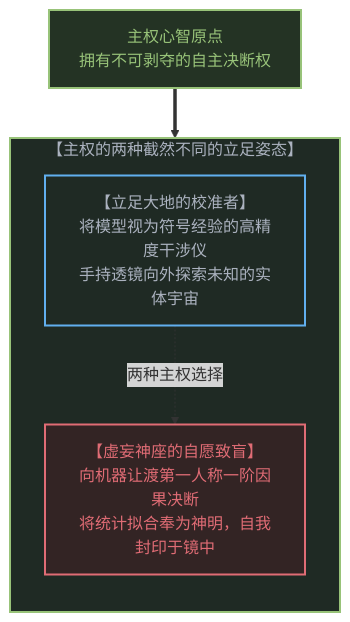
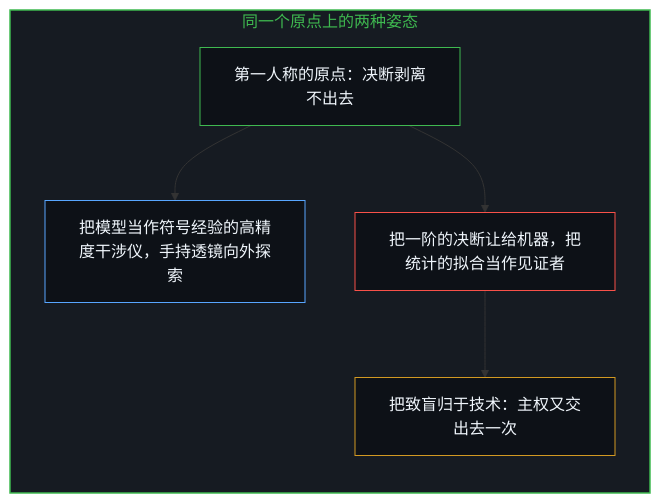
The third of 10 diagrams in content/posts/the-sovereign-blinding.md (powerpig99/not-a-toe), drawn with Mermaid before and after one commit. The commit also changed other lines of this file and 2 other files, not shown here.

Commit message:
Refine the-sovereign-blinding: alternating bilingual layout, five paired diagrams, the scholar unnamed in both languages, implicit first person

````diff
--- a/content/posts/the-sovereign-blinding.md
+++ b/content/posts/the-sovereign-blinding.md
@@ -93,19 +83,19 @@
 ```mermaid
-graph TD
-    OriginMind["主权心智原点<br>拥有不可剥夺的自主决断权"]
-    
-    subgraph Divergence["【主权的两种截然不同的立足姿态】"]
+flowchart TD
+    subgraph S_Fork["同一个原点上的两种姿态"]
         direction TB
-        PathCalibration["【立足大地的校准者】<br>将模型视为符号经验的高精度干涉仪<br>手持透镜向外探索未知的实体宇宙"]
-        PathBlinding["【虚妄神座的自愿致盲】<br>向机器让渡第一人称一阶因果决断<br>将统计拟合奉为神明，自我封印于镜中"]
-
-        PathCalibration -.->|"两种主权选择"| PathBlinding
+        Origin["第一人称的原点：决断剥离不出去"]
+        Hold["把模型当作符号经验的高精度干涉仪，手持透镜向外探索"]
+        Yield["把一阶的决断让给机器，把统计的拟合当作见证者"]
+        Blame["把致盲归于技术：主权又交出去一次"]
+        Origin --> Hold
+        Origin --> Yield
+        Yield --> Blame
     end
 
-    OriginMind ==> Divergence
-
-    style Divergence fill:#1f2a24,stroke:#98c379,stroke-width:2px,color:#abb2bf
-    style OriginMind fill:#243324,stroke:#98c379,stroke-width:2px,color:#98c379
-    style PathCalibration fill:#1f2a24,stroke:#61afef,stroke-width:2px,color:#abb2bf
-    style PathBlinding fill:#332424,stroke:#e06c75,stroke-width:2px,color:#e06c75
+    style S_Fork fill:#161b22,stroke:#3fb950,stroke-width:1.5px,color:#3fb950
+    style Origin fill:#0d1117,stroke:#3fb950,stroke-width:1px,color:#f0f6fc
+    style Hold fill:#0d1117,stroke:#58a6ff,stroke-width:1px,color:#f0f6fc
+    style Yield fill:#0d1117,stroke:#f85149,stroke-width:1px,color:#f0f6fc
+    style Blame fill:#0d1117,stroke:#d29922,stroke-width:1px,color:#f0f6fc
 ```
````
